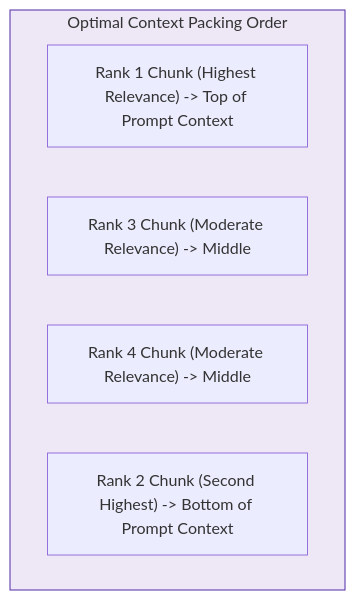
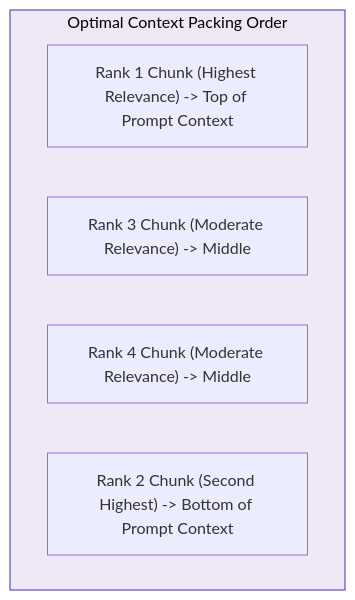
The fourth of 8 diagrams in 00-Introduction-to-RAG/RAG-Architecture.md (swapnil3104/RAG-Engineering), drawn with Mermaid before and after one commit. The commit also changed other lines of this file and 108 other files, not shown here.

Commit message:
fix: make chart text visible across all Mermaid diagrams and resolve markdown table formatting issues

````diff
--- a/00-Introduction-to-RAG/RAG-Architecture.md
+++ b/00-Introduction-to-RAG/RAG-Architecture.md
@@ -171,10 +171,10 @@
 ```mermaid
 flowchart TD
     subgraph Context_Assembly [Optimal Context Packing Order]
         P1["Rank 1 Chunk (Highest Relevance) -> Top of Prompt Context"]
         P3["Rank 3 Chunk (Moderate Relevance) -> Middle"]
         P4["Rank 4 Chunk (Moderate Relevance) -> Middle"]
         P2["Rank 2 Chunk (Second Highest) -> Bottom of Prompt Context"]
     end
-    style Context_Assembly fill:#ede7f6,stroke:#512da8
+    style Context_Assembly fill:#ede7f6,stroke:#512da8,color:#000000
 ```
````
